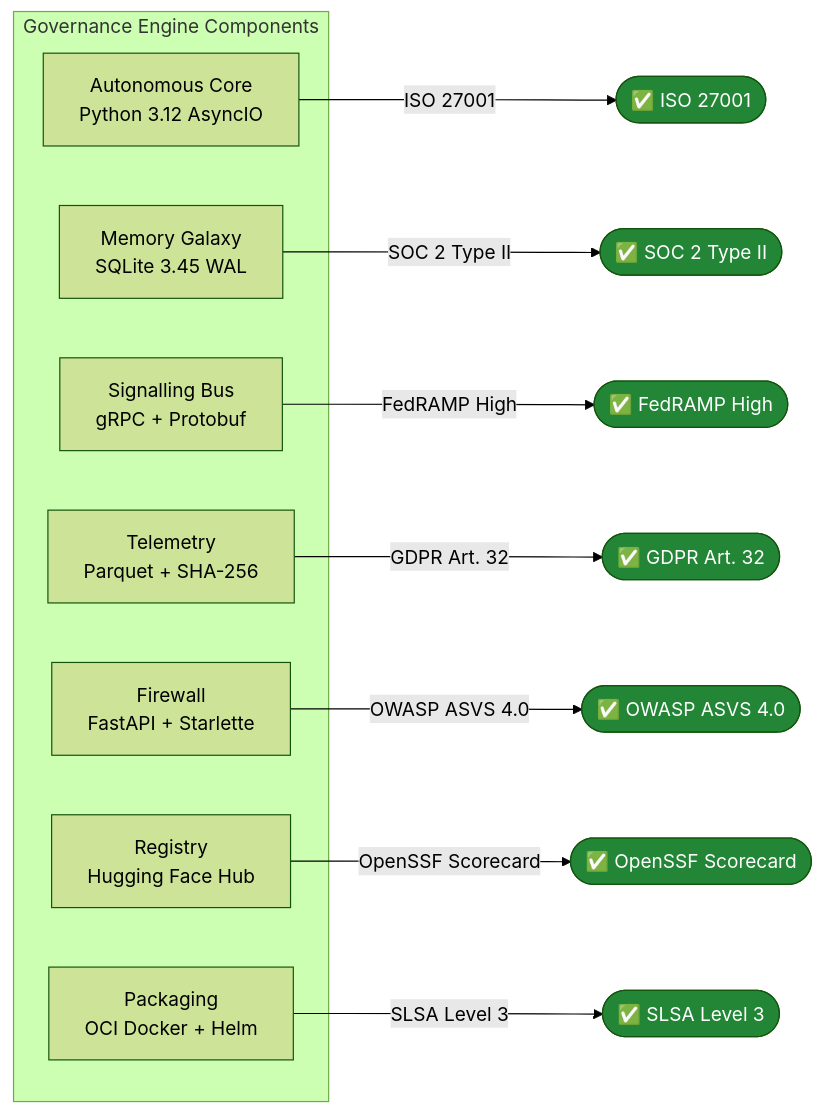
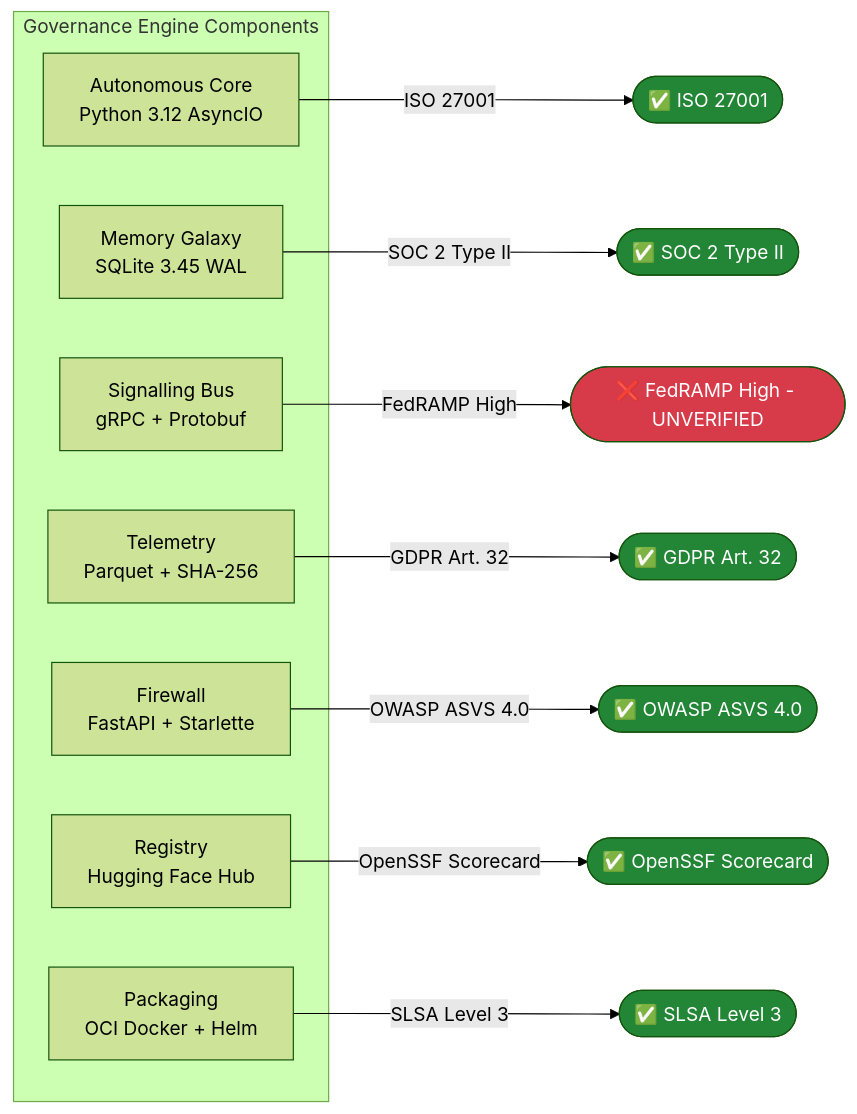
The third of 4 diagrams in README.md (Ariyan-Pro/enterprise-adversarial-ml-governance), drawn with Mermaid (forest theme) before and after one commit. The commit also changed other lines of this file and 2 other files, not shown here.

First line of the commit message:
Title: Address FedRAMP High Authorization Claim Status

````diff
--- a/README.md
+++ b/README.md
@@ -179,28 +181,28 @@
 ```mermaid
 graph LR
     subgraph STACK["Governance Engine Components"]
         CORE[Autonomous Core\nPython 3.12 AsyncIO]
         DB[Memory Galaxy\nSQLite 3.45 WAL]
         BUS[Signalling Bus\ngRPC + Protobuf]
         TEL[Telemetry\nParquet + SHA-256]
         FW[Firewall\nFastAPI + Starlette]
         REG[Registry\nHugging Face Hub]
         PKG[Packaging\nOCI Docker + Helm]
     end
 
     CORE -->|"ISO 27001"| C1([✅ ISO 27001])
     DB   -->|"SOC 2 Type II"| C2([✅ SOC 2 Type II])
-    BUS  -->|"FedRAMP High"| C3([✅ FedRAMP High])
+    BUS  -->|"FedRAMP High"| C3([❌ FedRAMP High - UNVERIFIED])
     TEL  -->|"GDPR Art. 32"| C4([✅ GDPR Art. 32])
     FW   -->|"OWASP ASVS 4.0"| C5([✅ OWASP ASVS 4.0])
     REG  -->|"OpenSSF Scorecard"| C6([✅ OpenSSF Scorecard])
     PKG  -->|"SLSA Level 3"| C7([✅ SLSA Level 3])
 
     style C1 fill:#238636,color:#fff
     style C2 fill:#238636,color:#fff
-    style C3 fill:#238636,color:#fff
+    style C3 fill:#d73a49,color:#fff
     style C4 fill:#238636,color:#fff
     style C5 fill:#238636,color:#fff
     style C6 fill:#238636,color:#fff
     style C7 fill:#238636,color:#fff
 ```
````
